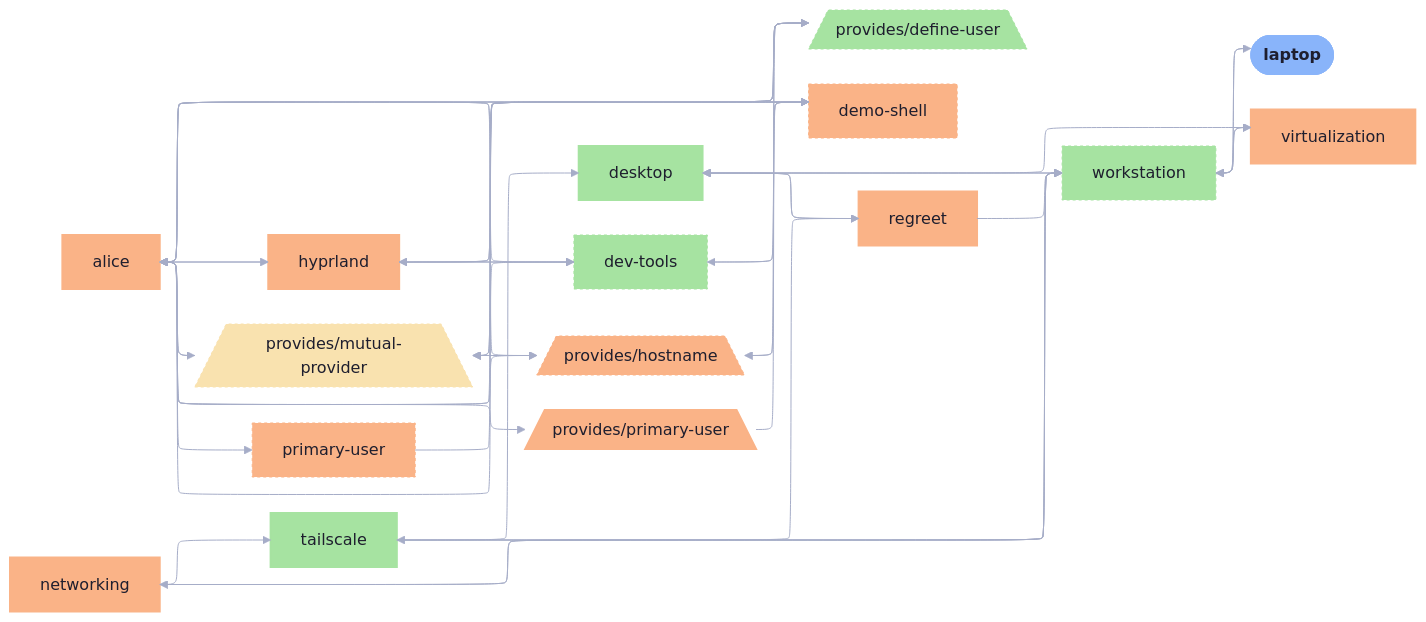
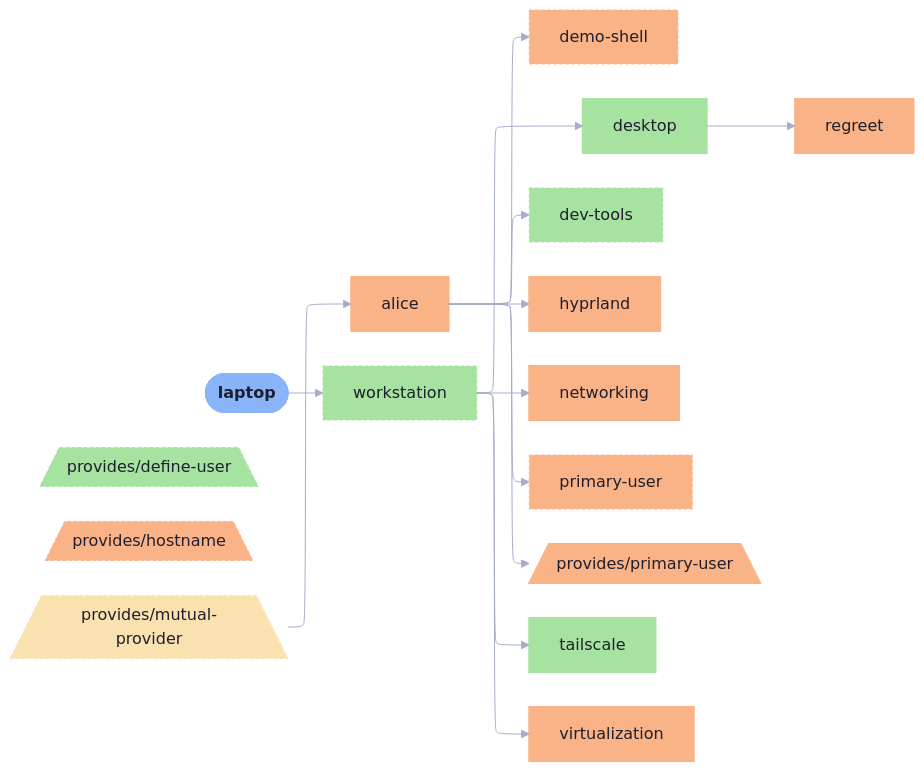
The diagram in templates/diag-fx-demo/diagrams/laptop-simple.md (sini/den), drawn with Mermaid before and after one commit. The commit also changed 849 other files, not shown here.

Commit message:
chore: update fx diagrams

```diff
--- a/templates/diag-fx-demo/diagrams/laptop-simple.md
+++ b/templates/diag-fx-demo/diagrams/laptop-simple.md
@@ -27,43 +27,10 @@
   alice --> hyprland
   alice --> primary_user
   alice --> den__provides__primary_user
-  alice --> den__provides__define_user
-  alice --> den__provides__hostname
-  alice --> den__provides__mutual_provider
-  den__provides__mutual_provider --> den__provides__define_user
-  den__provides__mutual_provider --> den__provides__hostname
   den__provides__mutual_provider --> alice
-  den__provides__hostname --> den__provides__define_user
-  den__provides__define_user --> den__provides__hostname
-  den__provides__define_user --> den__provides__mutual_provider
-  den__provides__hostname --> den__provides__mutual_provider
-  den__provides__define_user --> alice
-  den__provides__hostname --> alice
-  demo_shell --> hyprland
-  demo_shell --> alice
-  demo_shell --> dev_tools
-  den__provides__primary_user --> demo_shell
-  desktop --> workstation
   desktop --> regreet
-  desktop --> virtualization
-  dev_tools --> alice
-  dev_tools --> demo_shell
-  dev_tools --> hyprland
   laptop --> workstation
-  networking --> workstation
-  regreet --> workstation
-  tailscale --> workstation
-  virtualization --> workstation
-  hyprland --> dev_tools
-  hyprland --> alice
-  hyprland --> demo_shell
-  networking --> tailscale
-  primary_user --> demo_shell
-  regreet --> desktop
-  tailscale --> desktop
-  tailscale --> regreet
   workstation --> desktop
-  workstation --> laptop
   workstation --> networking
   workstation --> virtualization
   workstation --> tailscale
```
